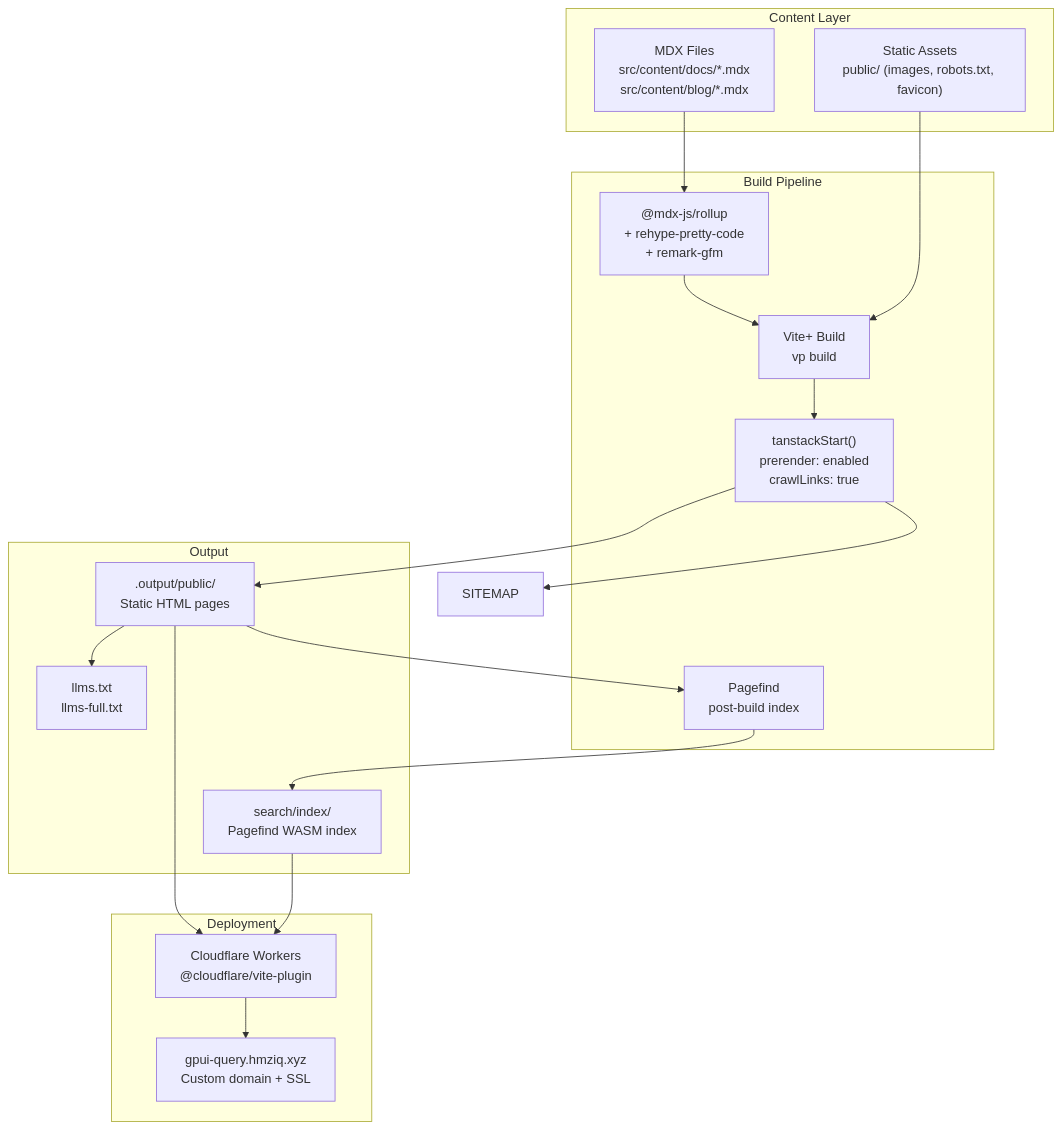
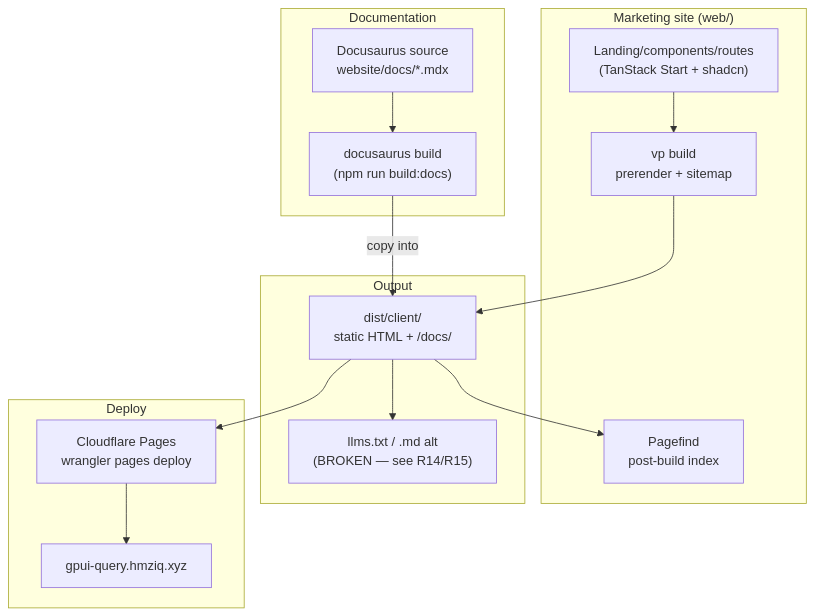
Before and after one commit to freeoxide/gpui-query: the diagram in docs/plans/2026-06-04-001-feat-gpui-query-website-plan.md, drawn with Mermaid. The commit also changed other lines of this file and 3 other files, not shown here.

First line of the commit message:
delete: remove obsolete gpui-query audit documentation

````diff
--- a/docs/plans/2026-06-04-001-feat-gpui-query-website-plan.md
+++ b/docs/plans/2026-06-04-001-feat-gpui-query-website-plan.md
@@ -95,34 +50,26 @@
 ```mermaid
 flowchart TB
-    subgraph Content Layer
-        MDX["MDX Files<br/>src/content/docs/*.mdx<br/>src/content/blog/*.mdx"]
-        STATIC["Static Assets<br/>public/ (images, robots.txt, favicon)"]
+    subgraph Documentation
+        DOCMDX["Docusaurus source<br/>website/docs/*.mdx"]
+        DOCUSAURUS["docusaurus build<br/>(npm run build:docs)"]
+    end
+    subgraph Marketing["Marketing site (web/)"]
+        MDX["Landing/components/routes<br/>(TanStack Start + shadcn)"]
+        VITE["vp build<br/>prerender + sitemap"]
+        PAGEFIND["Pagefind<br/>post-build index"]
+    end
+    subgraph Output
+        DIST["dist/client/<br/>static HTML + /docs/"]
+        LLMSTXT["llms.txt / .md alt<br/>(BROKEN — see R14/R15)"]
+    end
+    subgraph Deploy
+        PAGES["Cloudflare Pages<br/>wrangler pages deploy"]
+        DOMAIN["gpui-query.hmziq.xyz"]
     end
 
-    subgraph Build Pipeline
-        VITE["Vite+ Build<br/>vp build"]
-        MDX_PLUGIN["@mdx-js/rollup<br/>+ rehype-pretty-code<br/>+ remark-gfm"]
-        TS_PLUGIN["tanstackStart()<br/>prerender: enabled<br/>crawlLinks: true"]
-        PAGEFIND["Pagefind<br/>post-build index"]
-    end
-
-    subgraph Output
-        HTML[".output/public/<br/>Static HTML pages"]
-        LLMSTXT["llms.txt<br/>llms-full.txt"]
-        SEARCH["search/index/<br/>Pagefind WASM index"]
-    end
-
-    subgraph Deployment
-        CF["Cloudflare Workers<br/>@cloudflare/vite-plugin"]
-        DOMAIN["gpui-query.hmziq.xyz<br/>Custom domain + SSL"]
-    end
-
-    MDX --> MDX_PLUGIN --> VITE
-    STATIC --> VITE
-    VITE --> TS_PLUGIN --> HTML
-    TS_PLUGIN --> SITEMAP
-    HTML --> PAGEFIND --> SEARCH
-    HTML --> LLMSTXT
-    HTML --> CF --> DOMAIN
-    SEARCH --> CF
+    DOCMDX --> DOCUSAURUS -->|copy into| DIST
+    MDX --> VITE --> DIST
+    DIST --> PAGEFIND
+    DIST --> LLMSTXT
+    DIST --> PAGES --> DOMAIN
 ```
````
